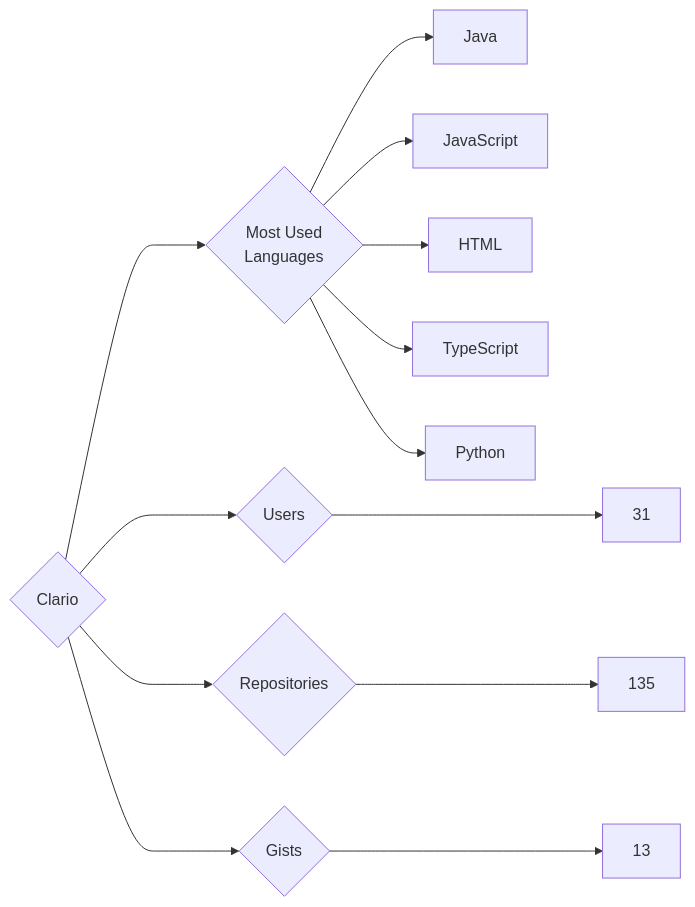
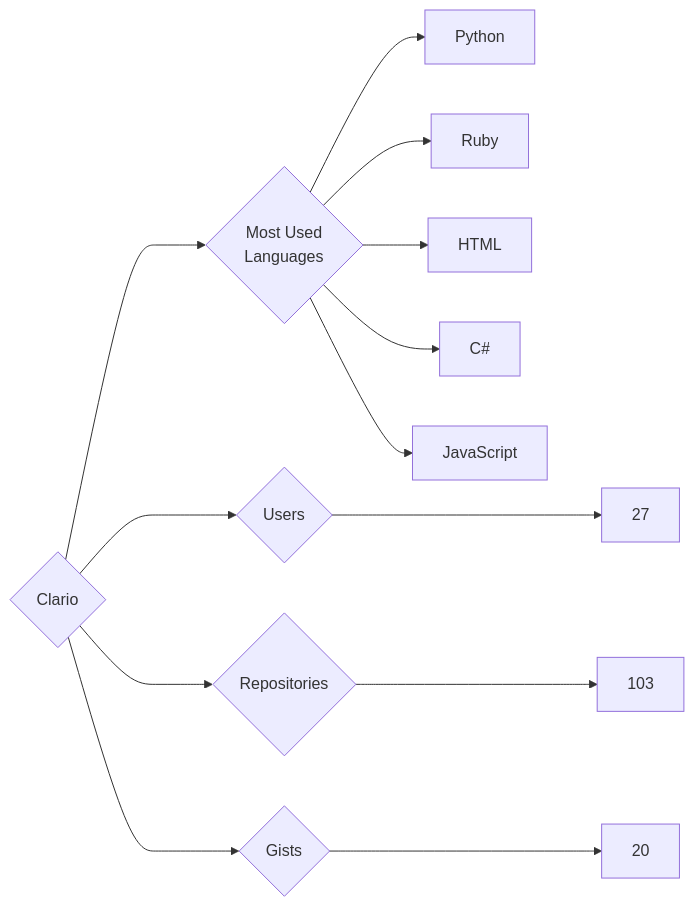
One commit to trickest/insiders changed the diagram in targets/Clario/README.md. Above: the diagram before and after it, drawn with Mermaid. The commit also changed 953 other files, not shown here.

````diff
--- a/targets/Clario/README.md
+++ b/targets/Clario/README.md
@@ -3,13 +3,13 @@
 ```mermaid
 graph LR
 COMPANY_NAME{Clario}
-COMPANY_NAME ---> U{Users} ---> UN[31]
-COMPANY_NAME ---> R{Repositories} ---> RN[135]
-COMPANY_NAME ---> G{Gists} ---> GN[13]
+COMPANY_NAME ---> U{Users} ---> UN[27]
+COMPANY_NAME ---> R{Repositories} ---> RN[103]
+COMPANY_NAME ---> G{Gists} ---> GN[20]
 COMPANY_NAME ---> ML{Most Used<br>Languages}
-ML --> Java[Java]
+ML --> Python[Python]
+ML --> Ruby[Ruby]
+ML --> HTML[HTML]
+ML --> C#[C#]
 ML --> JavaScript[JavaScript]
-ML --> HTML[HTML]
-ML --> TypeScript[TypeScript]
-ML --> Python[Python]
 ```
````
